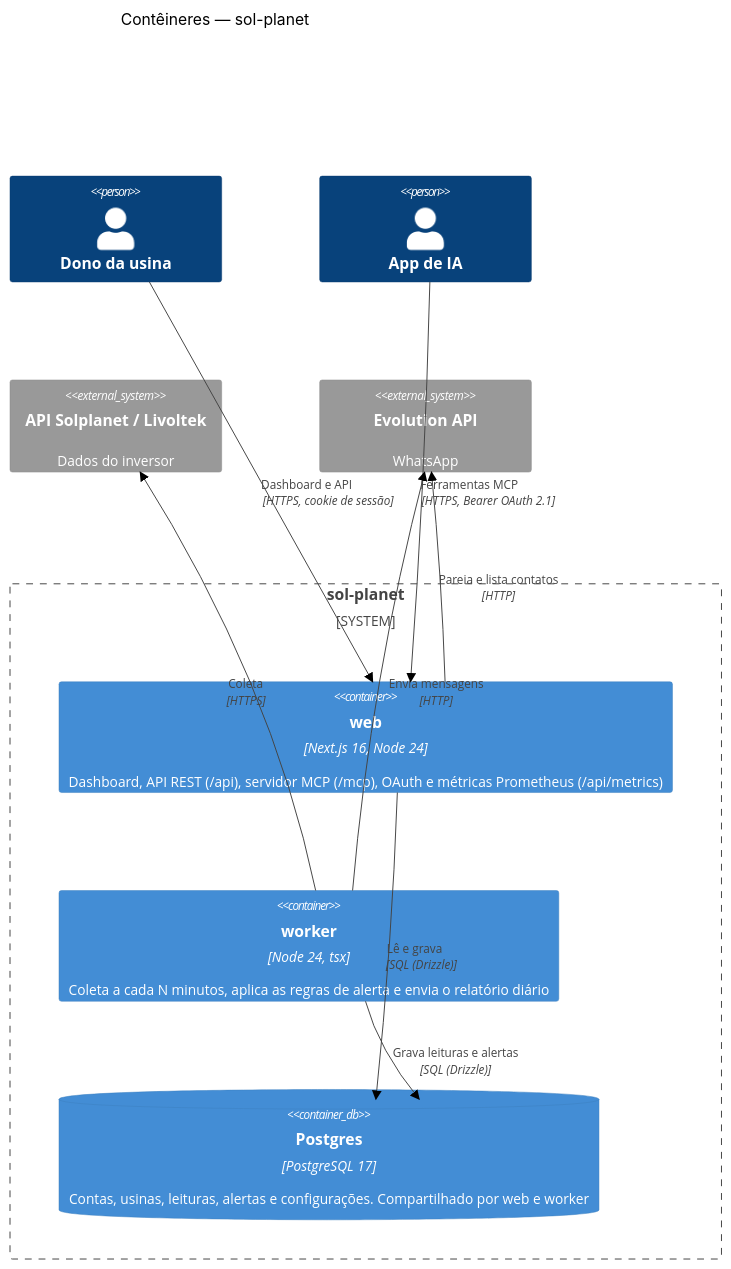
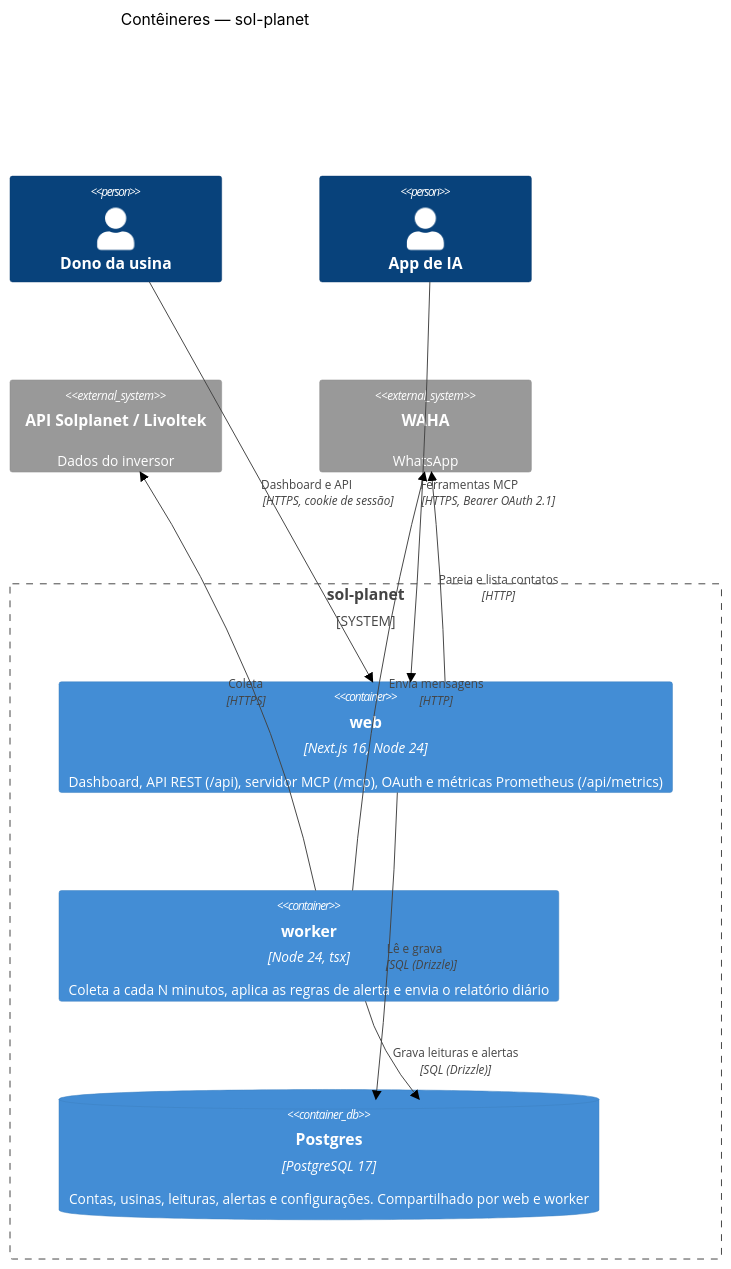
One commit to ranieryfialho/sol-planet changed the diagram in docs/c4/containers.md. Above: the diagram before and after it, drawn with Mermaid (neutral theme). The commit also changed other lines of this file and 17 other files, not shown here.

First line of the commit message:
feat(whatsapp): migra da Evolution API para o WAHA

````diff
--- a/docs/c4/containers.md
+++ b/docs/c4/containers.md
@@ -5,24 +5,24 @@
 ```mermaid
 C4Container
     title Contêineres — sol-planet
 
     Person(dono, "Dono da usina")
     Person(ia, "App de IA")
 
     System_Boundary(sol, "sol-planet") {
         Container(web, "web", "Next.js 16, Node 24", "Dashboard, API REST (/api), servidor MCP (/mcp), OAuth e métricas Prometheus (/api/metrics)")
         Container(worker, "worker", "Node 24, tsx", "Coleta a cada N minutos, aplica as regras de alerta e envia o relatório diário")
         ContainerDb(db, "Postgres", "PostgreSQL 17", "Contas, usinas, leituras, alertas e configurações. Compartilhado por web e worker")
     }
 
     System_Ext(solplanet, "API Solplanet / Livoltek", "Dados do inversor")
-    System_Ext(evolution, "Evolution API", "WhatsApp")
+    System_Ext(waha, "WAHA", "WhatsApp")
 
     Rel(dono, web, "Dashboard e API", "HTTPS, cookie de sessão")
     Rel(ia, web, "Ferramentas MCP", "HTTPS, Bearer OAuth 2.1")
     Rel(web, db, "Lê e grava", "SQL (Drizzle)")
     Rel(worker, db, "Grava leituras e alertas", "SQL (Drizzle)")
     Rel(worker, solplanet, "Coleta", "HTTPS")
-    Rel(worker, evolution, "Envia mensagens", "HTTP")
-    Rel(web, evolution, "Pareia e lista contatos", "HTTP")
+    Rel(worker, waha, "Envia mensagens", "HTTP")
+    Rel(web, waha, "Pareia e lista contatos", "HTTP")
 ```
````
